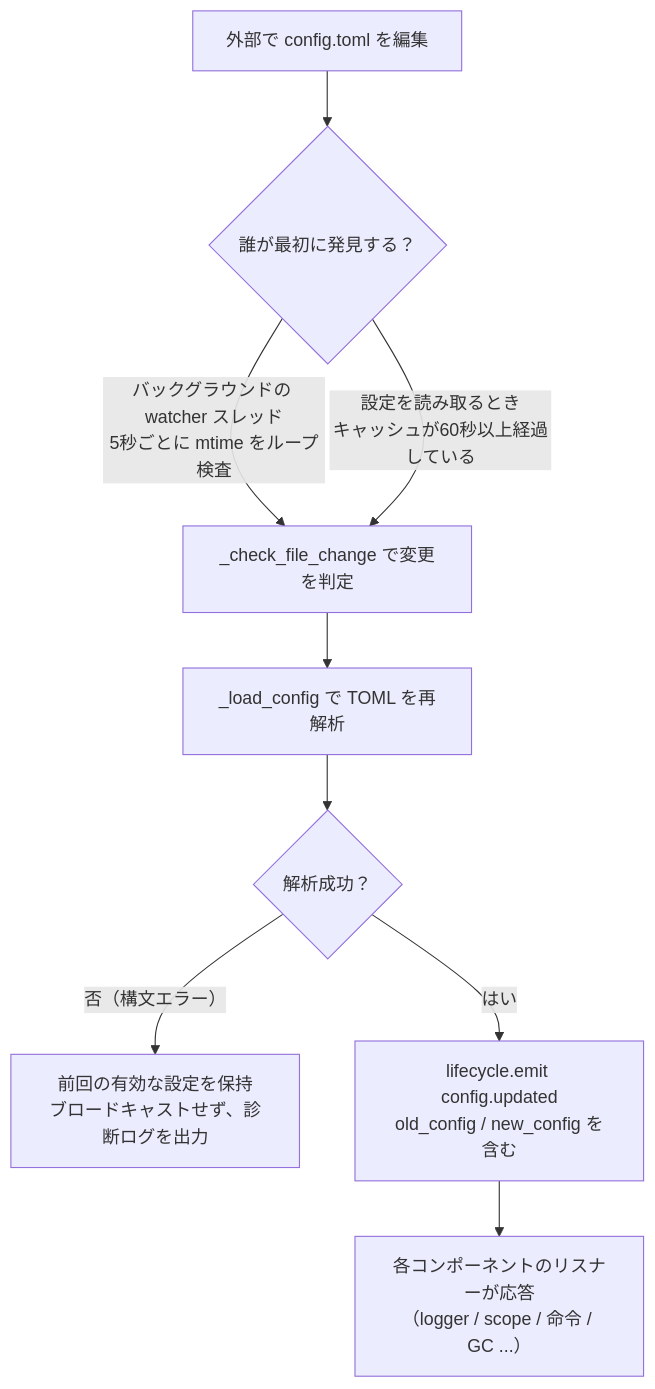
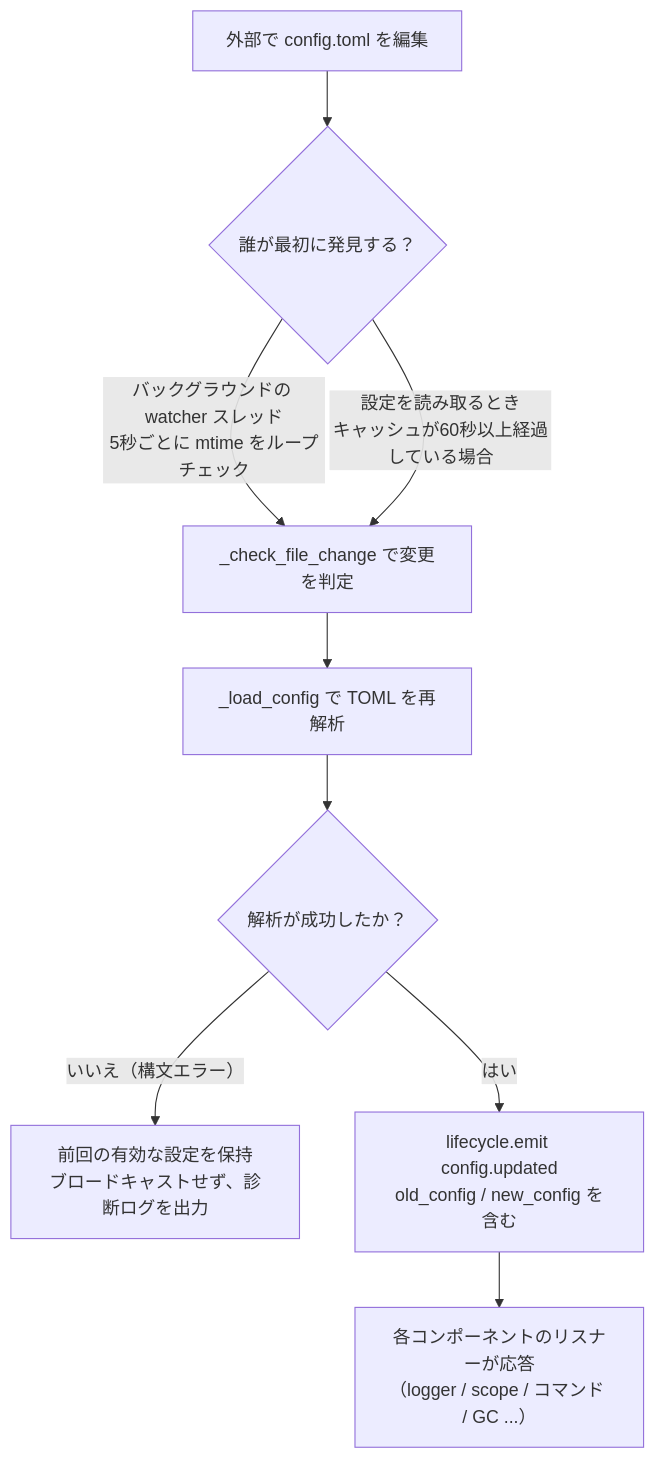
The diagram in docs/ja/user-guide/configuration.md (ErisPulse/ErisPulse), drawn with Mermaid before and after one commit. The commit also changed other lines of this file and 75 other files, not shown here.

````diff
--- a/docs/ja/user-guide/configuration.md
+++ b/docs/ja/user-guide/configuration.md
@@ -89,11 +89,11 @@
 ```mermaid
 flowchart TD
     A["外部で config.toml を編集"] --> B{"誰が最初に発見する？"}
-    B -->|"バックグラウンドの watcher スレッド<br/>5秒ごとに mtime をループ検査"| C["_check_file_change で変更を判定"]
-    B -->|"設定を読み取るとき<br/>キャッシュが60秒以上経過している"| C
+    B -->|"バックグラウンドの watcher スレッド<br/>5秒ごとに mtime をループチェック"| C["_check_file_change で変更を判定"]
+    B -->|"設定を読み取るとき<br/>キャッシュが60秒以上経過している場合"| C
     C --> D["_load_config で TOML を再解析"]
-    D --> E{"解析成功？"}
-    E -->|"否（構文エラー）"| F["前回の有効な設定を保持<br/>ブロードキャストせず、診断ログを出力"]
+    D --> E{"解析が成功したか？"}
+    E -->|"いいえ（構文エラー）"| F["前回の有効な設定を保持<br/>ブロードキャストせず、診断ログを出力"]
     E -->|"はい"| G["lifecycle.emit config.updated<br/>old_config / new_config を含む"]
-    G --> H["各コンポーネントのリスナーが応答<br/>（logger / scope / 命令 / GC ...）"]
+    G --> H["各コンポーネントのリスナーが応答<br/>（logger / scope / コマンド / GC ...）"]
 ```
````
